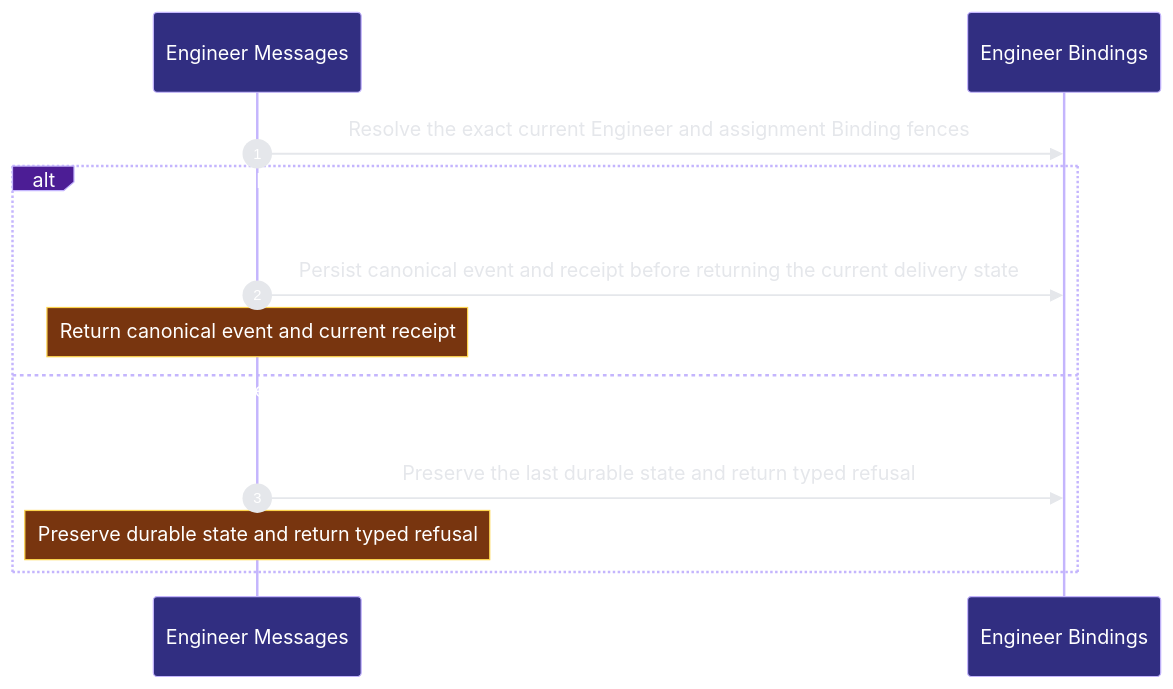
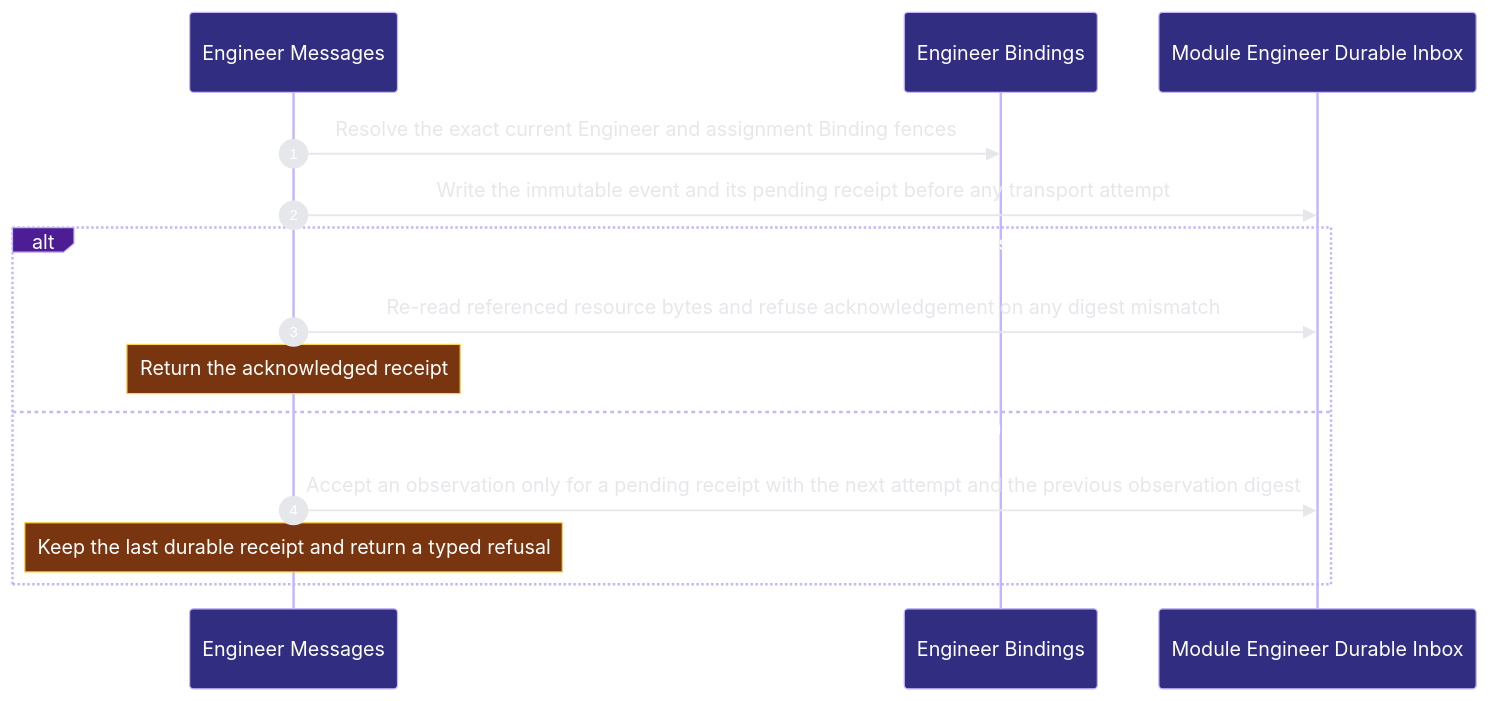
One commit to Ancienttwo/repo-harness changed the second of 2 diagrams in docs/architecture/modules/runtime-harness/engineer-messages.md. Above: the diagram before and after it, drawn with Mermaid. The commit also changed other lines of this file and 20 other files, not shown here.

First line of the commit message:
docs(architecture): deepen engineer and collaboration model and P3

````diff
--- a/docs/architecture/modules/runtime-harness/engineer-messages.md
+++ b/docs/architecture/modules/runtime-harness/engineer-messages.md
@@ -62,15 +66,17 @@
 ```mermaid
 %%{init: {"theme":"base","themeVariables":{"background":"#0d1117","actorBkg":"#312e81","actorBorder":"#c4b5fd","actorTextColor":"#ffffff","signalColor":"#e5e7eb","signalTextColor":"#e5e7eb","labelBoxBkgColor":"#4c1d95","labelBoxBorderColor":"#c4b5fd","labelTextColor":"#ffffff","noteBkgColor":"#78350f","noteBorderColor":"#fcd34d","noteTextColor":"#ffffff","sequenceNumberColor":"#ffffff"}}}%%
 sequenceDiagram
   autonumber
   participant p2_message_authority_43d726e6 as Engineer Messages
   participant p2_binding_authority_b56d10c4 as Engineer Bindings
+  participant p2_inbox_44cb8de0 as Module Engineer Durable Inbox
   p2_message_authority_43d726e6->>p2_binding_authority_b56d10c4: Resolve the exact current Engineer and assignment Binding fences
-  alt Immutable event and pending receipt exist before optional delivery and digest-gated acknowledgement
-  p2_message_authority_43d726e6->>p2_binding_authority_b56d10c4: Persist canonical event and receipt before returning the current delivery state
-    Note over p2_message_authority_43d726e6: Return canonical event and current receipt
-  else Stale Binding， persistence， transport observation， resource digest or transition validation fails closed
-  p2_message_authority_43d726e6->>p2_binding_authority_b56d10c4: Preserve the last durable state and return typed refusal
-    Note over p2_message_authority_43d726e6: Preserve durable state and return typed refusal
+  p2_message_authority_43d726e6->>p2_inbox_44cb8de0: Write the immutable event and its pending receipt before any transport attempt
+  alt The recipient acknowledges after every referenced resource matches its digest
+  p2_message_authority_43d726e6->>p2_inbox_44cb8de0: Re-read referenced resource bytes and refuse acknowledgement on any digest mismatch
+    Note over p2_message_authority_43d726e6: Return the acknowledged receipt
+  else A transport or external observation does not continue the exact receipt chain
+  p2_message_authority_43d726e6->>p2_inbox_44cb8de0: Accept an observation only for a pending receipt with the next attempt and the previous observation digest
+    Note over p2_message_authority_43d726e6: Keep the last durable receipt and return a typed refusal
   end
 ```
````
